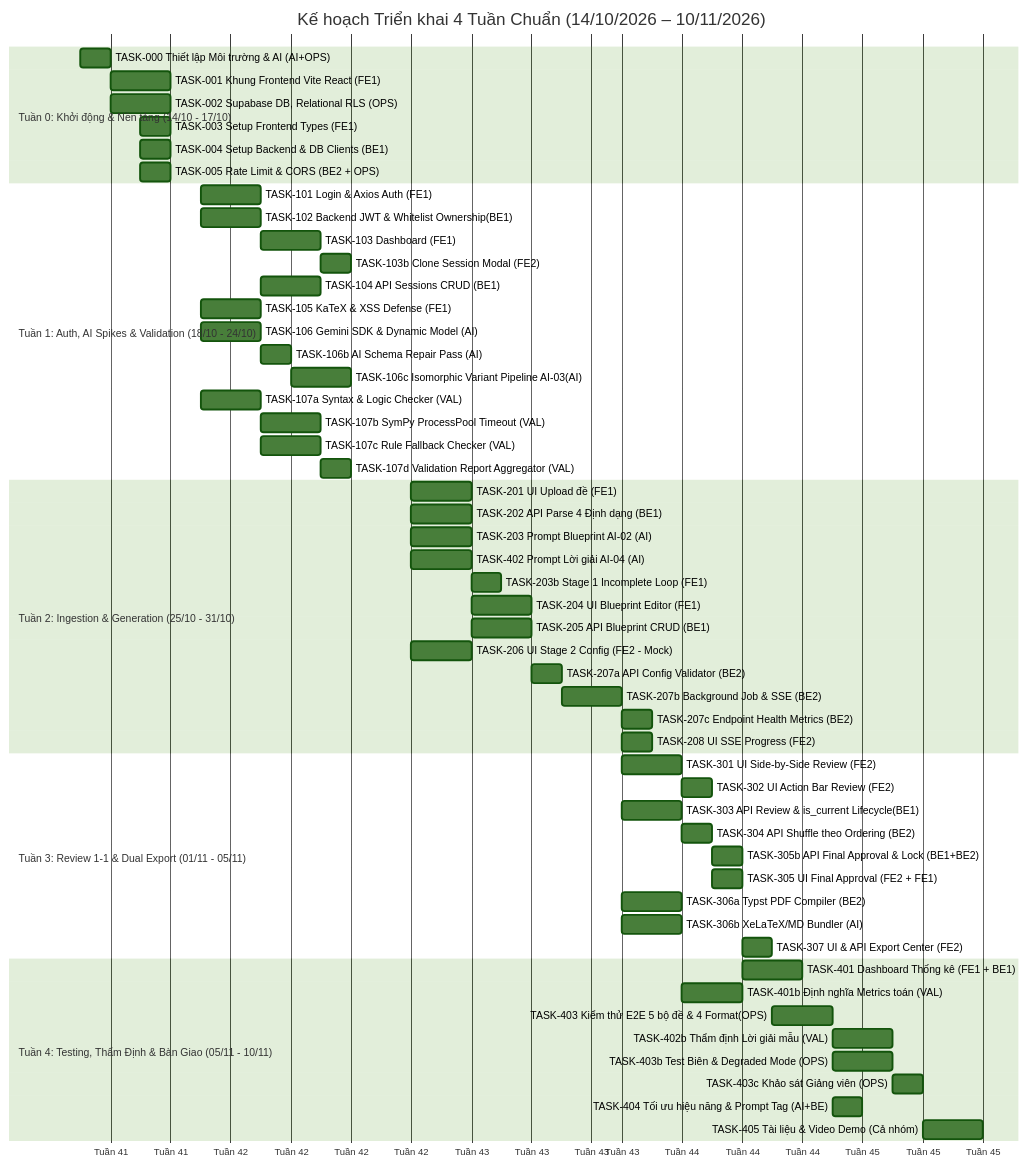
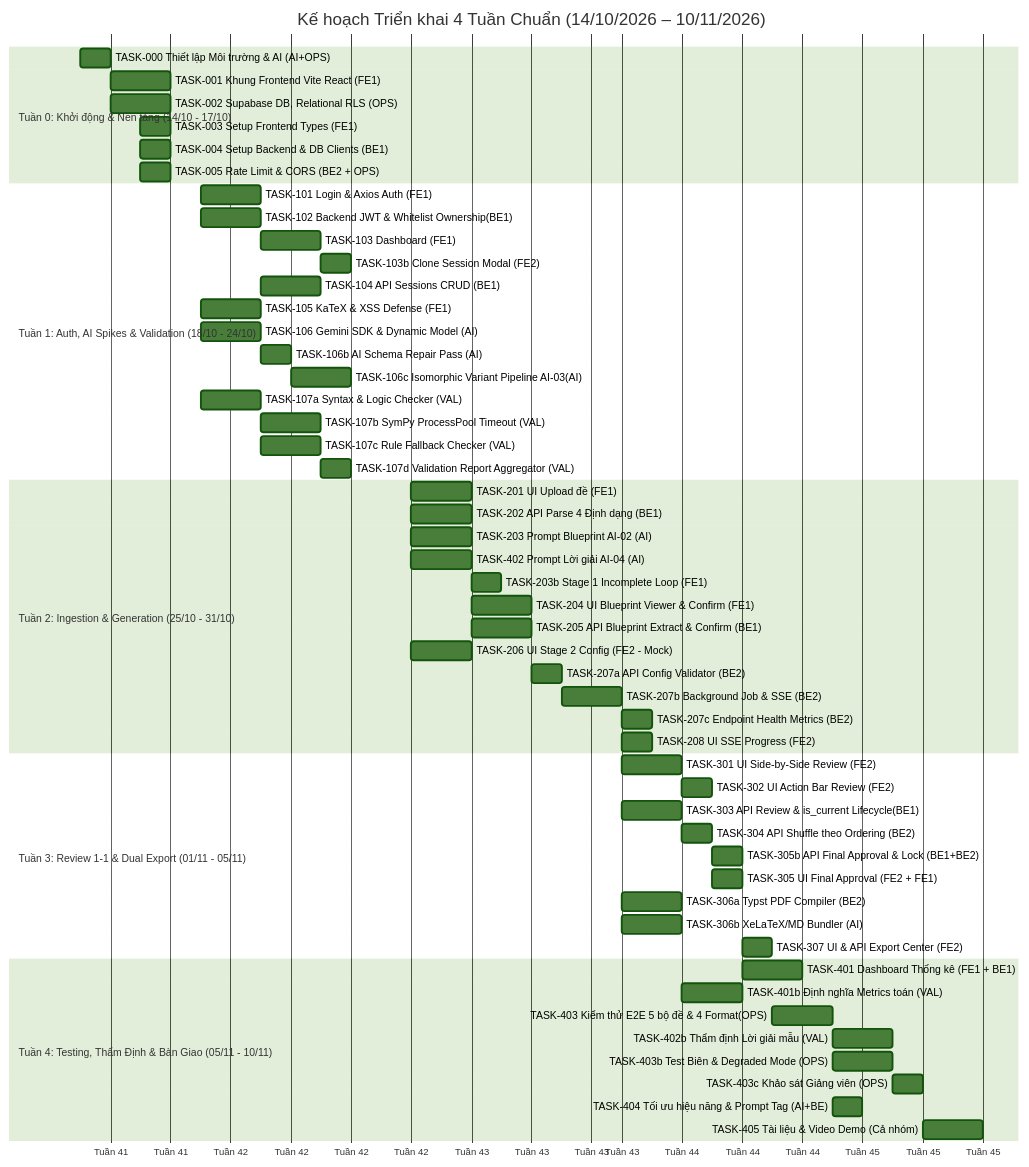
One commit to Computational-Thinking-Project/isomorphic-exam-synthesizer changed the diagram in docs/planning.md. Above: the diagram before and after it, drawn with Mermaid (forest theme). The commit also changed other lines of this file, not shown here.

Commit message:
docs(planning): synchronize stage 1 zero-editing, re-extract and confirm-all with ADR-002

````diff
--- a/docs/planning.md
+++ b/docs/planning.md
@@ -1227,64 +1220,64 @@
 ```mermaid
 gantt
     title Kế hoạch Triển khai 4 Tuần Chuẩn (14/10/2026 – 10/11/2026)
     dateFormat  YYYY-MM-DD
     axisFormat  Tuần %W
 
     section Tuần 0: Khởi động & Nền tảng (14/10 - 17/10)
     TASK-000 Thiết lập Môi trường & AI (AI+OPS)  :t000, 2026-10-14, 1d
     TASK-001 Khung Frontend Vite React (FE1)     :t001, 2026-10-15, 2d
     TASK-002 Supabase DB, Relational RLS (OPS)   :t002, 2026-10-15, 2d
     TASK-003 Setup Frontend Types (FE1)          :t003, 2026-10-16, 1d
     TASK-004 Setup Backend & DB Clients (BE1)    :t004, 2026-10-16, 1d
     TASK-005 Rate Limit & CORS (BE2 + OPS)       :t005, 2026-10-16, 1d
 
     section Tuần 1: Auth, AI Spikes & Validation (18/10 - 24/10)
     TASK-101 Login & Axios Auth (FE1)            :t101, 2026-10-18, 2d
     TASK-102 Backend JWT & Whitelist Ownership(BE1):t102, 2026-10-18, 2d
     TASK-103 Dashboard (FE1)                     :t103, after t101, 2d
     TASK-103b Clone Session Modal (FE2)          :t103b, after t103, 1d
     TASK-104 API Sessions CRUD (BE1)             :t104, after t102, 2d
     TASK-105 KaTeX & XSS Defense (FE1)           :t105, 2026-10-18, 2d
     TASK-106 Gemini SDK & Dynamic Model (AI)     :t106, 2026-10-18, 2d
     TASK-106b AI Schema Repair Pass (AI)         :t106b, after t106, 1d
     TASK-106c Isomorphic Variant Pipeline AI-03(AI):t106c, after t106b, 2d
     TASK-107a Syntax & Logic Checker (VAL)       :t107a, 2026-10-18, 2d
     TASK-107b SymPy ProcessPool Timeout (VAL)    :t107b, after t107a, 2d
     TASK-107c Rule Fallback Checker (VAL)        :t107c, after t107a, 2d
     TASK-107d Validation Report Aggregator (VAL) :t107d, after t107b t107c, 1d
 
     section Tuần 2: Ingestion & Generation (25/10 - 31/10)
     TASK-201 UI Upload đề (FE1)                  :t201, 2026-10-25, 2d
     TASK-202 API Parse 4 Định dạng (BE1)         :t202, 2026-10-25, 2d
     TASK-203 Prompt Blueprint AI-02 (AI)         :t203, 2026-10-25, 2d
     TASK-402 Prompt Lời giải AI-04 (AI)          :t402, 2026-10-25, 2d
     TASK-203b Stage 1 Incomplete Loop (FE1)      :t203b, after t201 t202, 1d
-    TASK-204 UI Blueprint Editor (FE1)           :t204, after t201 t203, 2d
-    TASK-205 API Blueprint CRUD (BE1)            :t205, after t202 t203, 2d
+    TASK-204 UI Blueprint Viewer & Confirm (FE1) :t204, after t201 t203, 2d
+    TASK-205 API Blueprint Extract & Confirm (BE1):t205, after t202 t203, 2d
     TASK-206 UI Stage 2 Config (FE2 - Mock)      :t206, 2026-10-25, 2d
     TASK-207a API Config Validator (BE2)         :t207a, after t205, 1d
     TASK-207b Background Job & SSE (BE2)         :t207b, after t106c t107d t207a t402, 2d
     TASK-207c Endpoint Health Metrics (BE2)      :t207c, after t207b, 1d
     TASK-208 UI SSE Progress (FE2)               :t208, after t206 t207b, 1d
 
     section Tuần 3: Review 1-1 & Dual Export (01/11 - 05/11)
     TASK-301 UI Side-by-Side Review (FE2)        :t301, 2026-11-01, 2d
     TASK-302 UI Action Bar Review (FE2)          :t302, after t301, 1d
     TASK-303 API Review & is_current Lifecycle(BE1):t303, 2026-11-01, 2d
     TASK-304 API Shuffle theo Ordering (BE2)     :t304, after t303, 1d
     TASK-305b API Final Approval & Lock (BE1+BE2):t305b, after t304, 1d
     TASK-305 UI Final Approval (FE2 + FE1)       :t305, after t302 t304, 1d
     TASK-306a Typst PDF Compiler (BE2)           :t306a, 2026-11-01, 2d
     TASK-306b XeLaTeX/MD Bundler (AI)            :t306b, 2026-11-01, 2d
     TASK-307 UI & API Export Center (FE2)        :t307, after t305 t305b t306a t306b, 1d
 
     section Tuần 4: Testing, Thẩm Định & Bàn Giao (05/11 - 10/11)
     TASK-401 Dashboard Thống kê (FE1 + BE1)      :t401, 2026-11-05, 2d
     TASK-401b Định nghĩa Metrics toán (VAL)      :t401b, 2026-11-03, 2d
     TASK-403 Kiểm thử E2E 5 bộ đề & 4 Format(OPS):t403, after t307, 2d
     TASK-402b Thẩm định Lời giải mẫu (VAL)       :t402b, after t403, 2d
     TASK-403b Test Biên & Degraded Mode (OPS)    :t403b, after t403, 2d
     TASK-403c Khảo sát Giảng viên (OPS)          :t403c, after t403b, 1d
     TASK-404 Tối ưu hiệu năng & Prompt Tag (AI+BE):t404, after t403, 1d
     TASK-405 Tài liệu & Video Demo (Cả nhóm)     :t405, after t402b t403c t404, 2d
 ```
````
